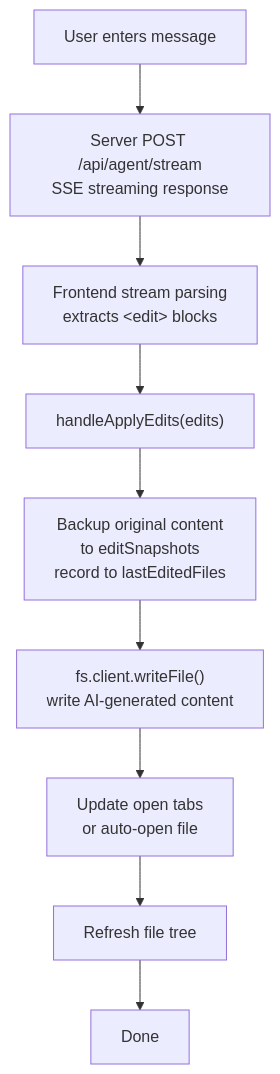
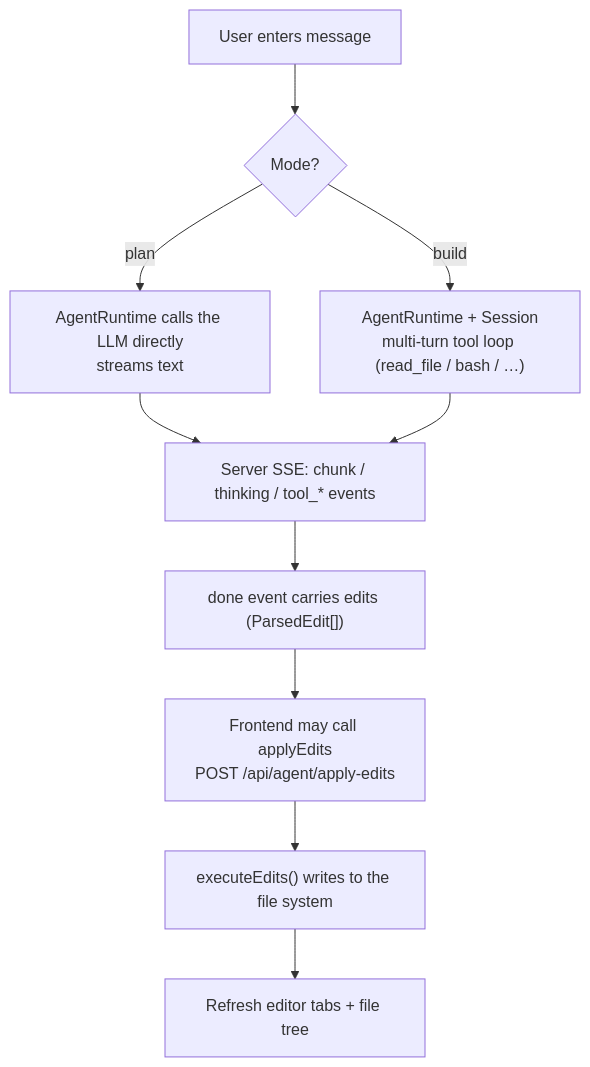
Before and after one commit to LSF1106/VibeEditor: the fourth of 5 diagrams in README_EN.md, drawn with Mermaid. The commit also changed other lines of this file and 9 other files, not shown here.

````diff
--- a/README_EN.md
+++ b/README_EN.md
@@ -185,11 +228,12 @@
 ```mermaid
 flowchart TD
-    U["User enters message"] --> S["Server POST /api/agent/stream<br/>SSE streaming response"]
-    S --> P["Frontend stream parsing<br/>extracts &lt;edit&gt; blocks"]
-    P --> E["handleApplyEdits(edits)"]
-    E --> BK["Backup original content<br/>to editSnapshots<br/>record to lastEditedFiles"]
-    BK --> W["fs.client.writeFile()<br/>write AI-generated content"]
-    W --> T["Update open tabs<br/>or auto-open file"]
-    T --> R["Refresh file tree"]
-    R --> DONE["Done"]
+    U["User enters message"] --> M{"Mode?"}
+    M -->|plan| PL["AgentRuntime calls the LLM directly<br/>streams text"]
+    M -->|build| BD["AgentRuntime + Session<br/>multi-turn tool loop (read_file / bash / …)"]
+    PL --> SSE["Server SSE: chunk / thinking / tool_* events"]
+    BD --> SSE
+    SSE --> DONE["done event carries edits (ParsedEdit[])"]
+    DONE --> AP["Frontend may call applyEdits<br/>POST /api/agent/apply-edits"]
+    AP --> EX["executeEdits() writes to the file system"]
+    EX --> RF["Refresh editor tabs + file tree"]
 ```
````
